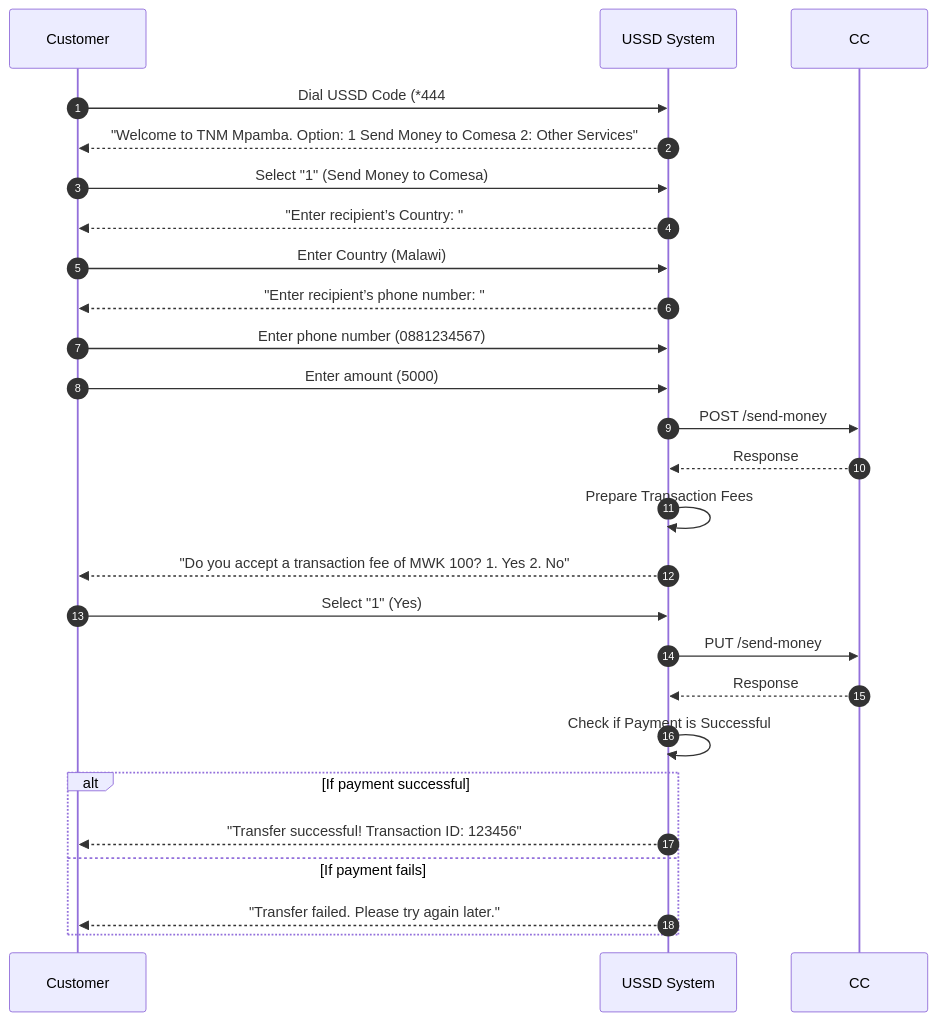
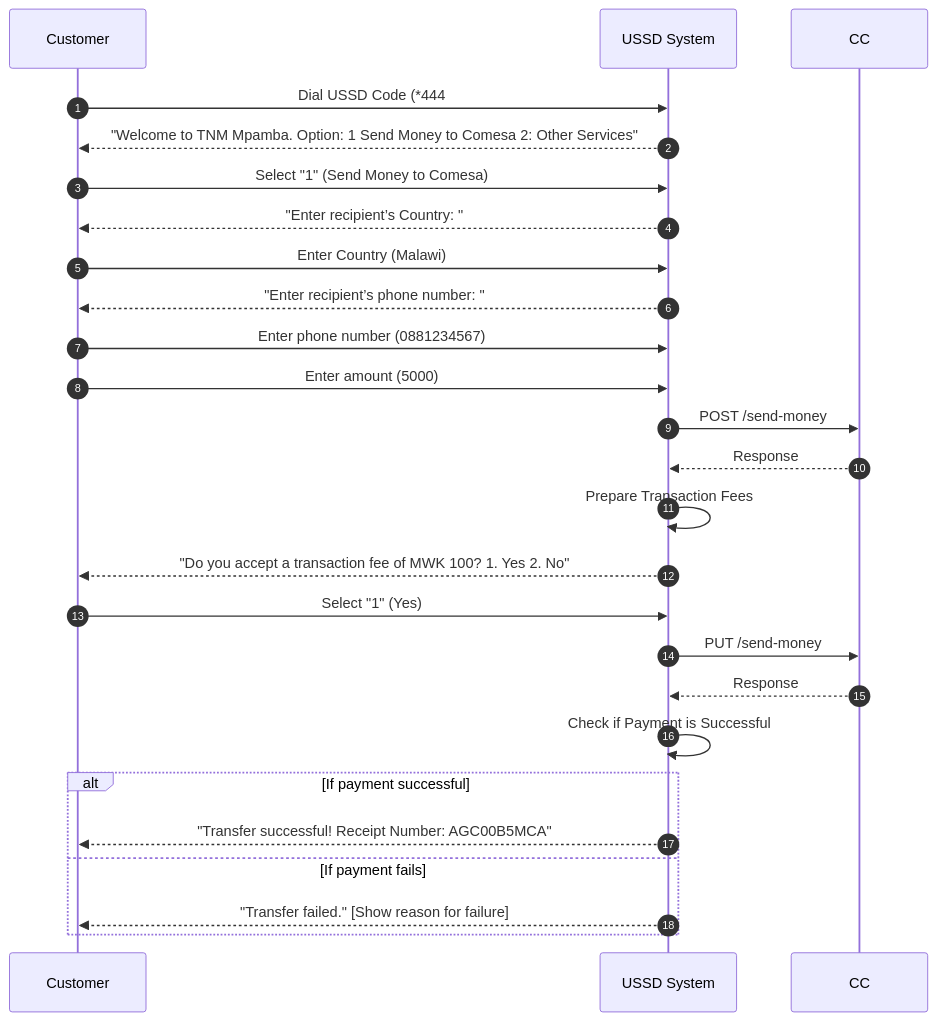
One commit to mojaloop/ml-reference-connectors changed the diagram in tnm-mw-core-connector/docs/ussd_customer_journey.md. Above: the diagram before and after it, drawn with Mermaid. The commit also changed other lines of this file and 4 other files, not shown here.

````diff
--- a/tnm-mw-core-connector/docs/ussd_customer_journey.md
+++ b/tnm-mw-core-connector/docs/ussd_customer_journey.md
@@ -1,33 +3,33 @@
 ```mermaid
 sequenceDiagram
   autonumber
   Customer->>USSD System: Dial USSD Code (*444#)
   USSD System-->>Customer: "Welcome to TNM Mpamba. Option: 1 Send Money to Comesa 2: Other Services"
   Customer->>USSD System: Select "1" (Send Money to Comesa)
   
   USSD System-->>Customer: "Enter recipient’s Country: "
   Customer->>USSD System: Enter Country (Malawi)
   USSD System-->>Customer: "Enter recipient’s phone number: "
   Customer->>USSD System: Enter phone number (0881234567)
   
 
   
   Customer->>USSD System: Enter amount (5000)
   USSD System->>CC: POST /send-money
   CC-->>USSD System: Response
   USSD System->>USSD System: Prepare Transaction Fees
   USSD System-->>Customer: "Do you accept a transaction fee of MWK 100? 1. Yes 2. No"
   Customer->>USSD System: Select "1" (Yes)
   
   USSD System->>CC: PUT /send-money
   CC-->>USSD System: Response
   USSD System->>USSD System: Check if Payment is Successful
   
   Alt If payment successful
 
-    USSD System-->>Customer: "Transfer successful! Transaction ID: 123456"
+    USSD System-->>Customer: "Transfer successful! Receipt Number: AGC00B5MCA"
   Else If payment fails
     
-    USSD System-->>Customer: "Transfer failed. Please try again later."
+    USSD System-->>Customer: "Transfer failed." [Show reason for failure]
   End
 ```
````
